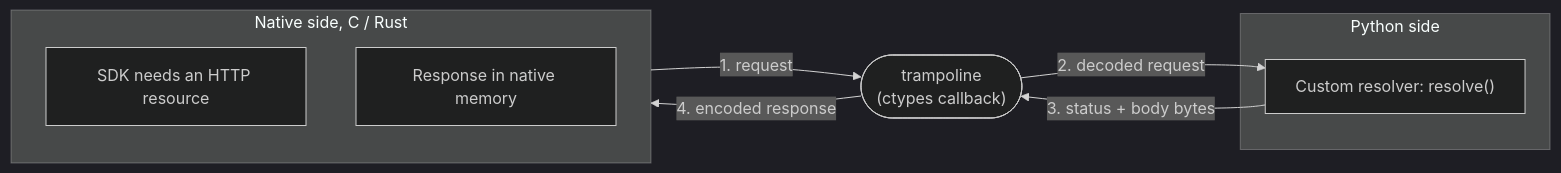
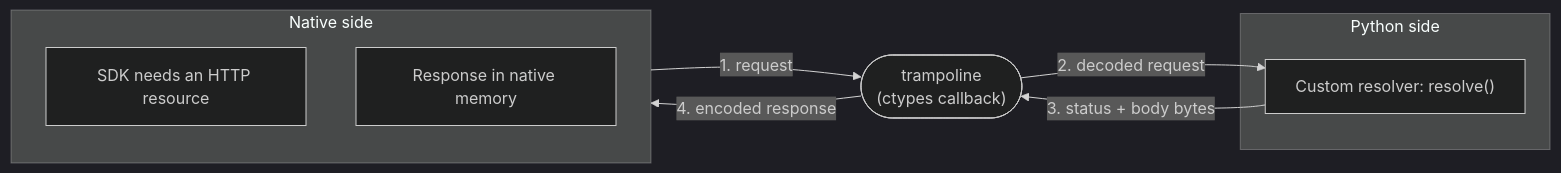
The second of 4 diagrams in tests/http_resolver/README.md (contentauth/c2pa-python), drawn with Mermaid (dark theme) before and after one commit. The commit also changed other lines of this file, not shown here.

````diff
--- a/tests/http_resolver/README.md
+++ b/tests/http_resolver/README.md
@@ -82,15 +82,15 @@
 ```mermaid
 flowchart LR
-    subgraph N[Native side, C / Rust]
+    subgraph N[Native side]
         direction TB
         SDK[SDK needs an HTTP resource]
         DONE[Response in native memory]
     end
     subgraph P[Python side]
         RES["Custom resolver: resolve()"]
     end
     SDK -->|1. request| TR(["trampoline<br/>(ctypes callback)"])
     TR -->|2. decoded request| RES
     RES -->|3. status + body bytes| TR
     TR -->|4. encoded response| DONE
 ```
````
